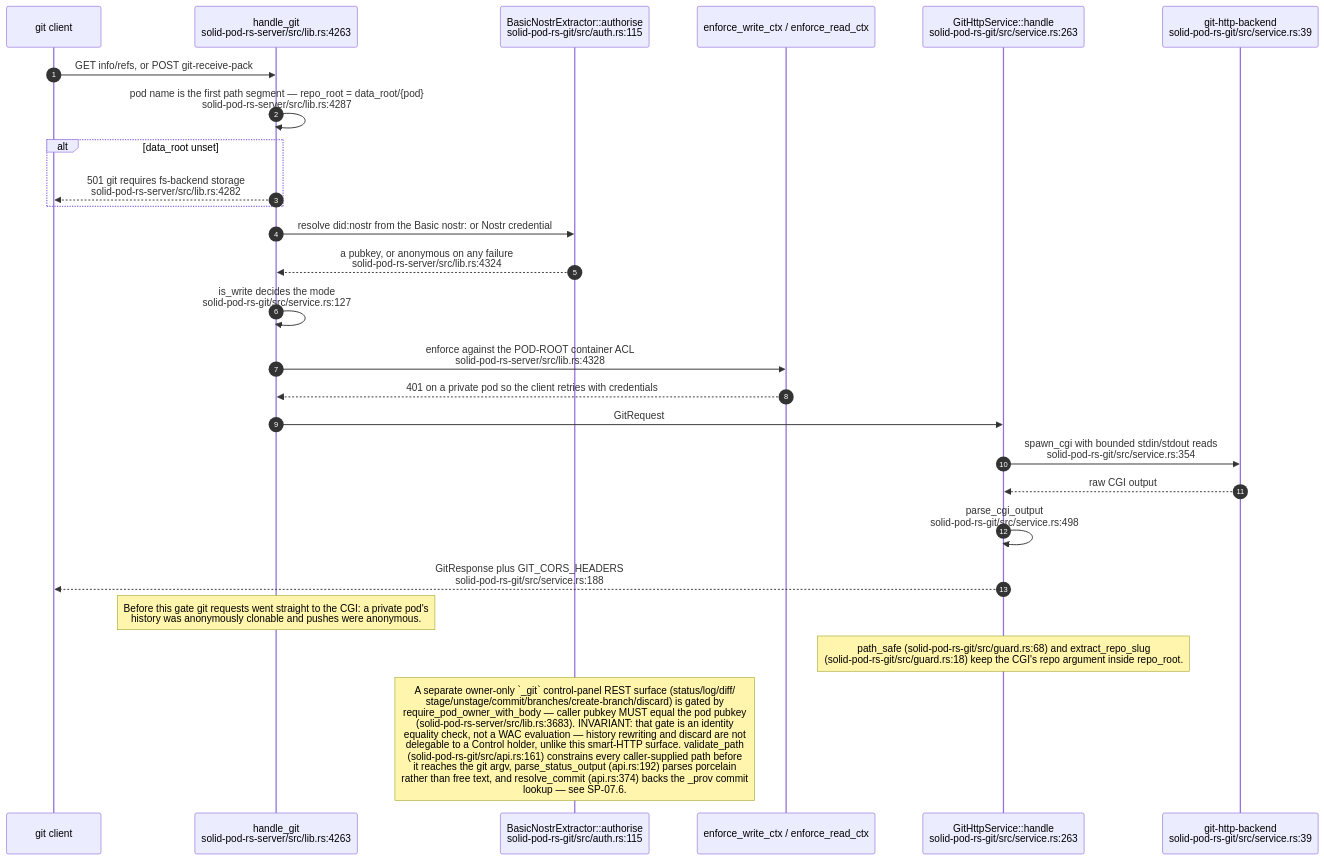
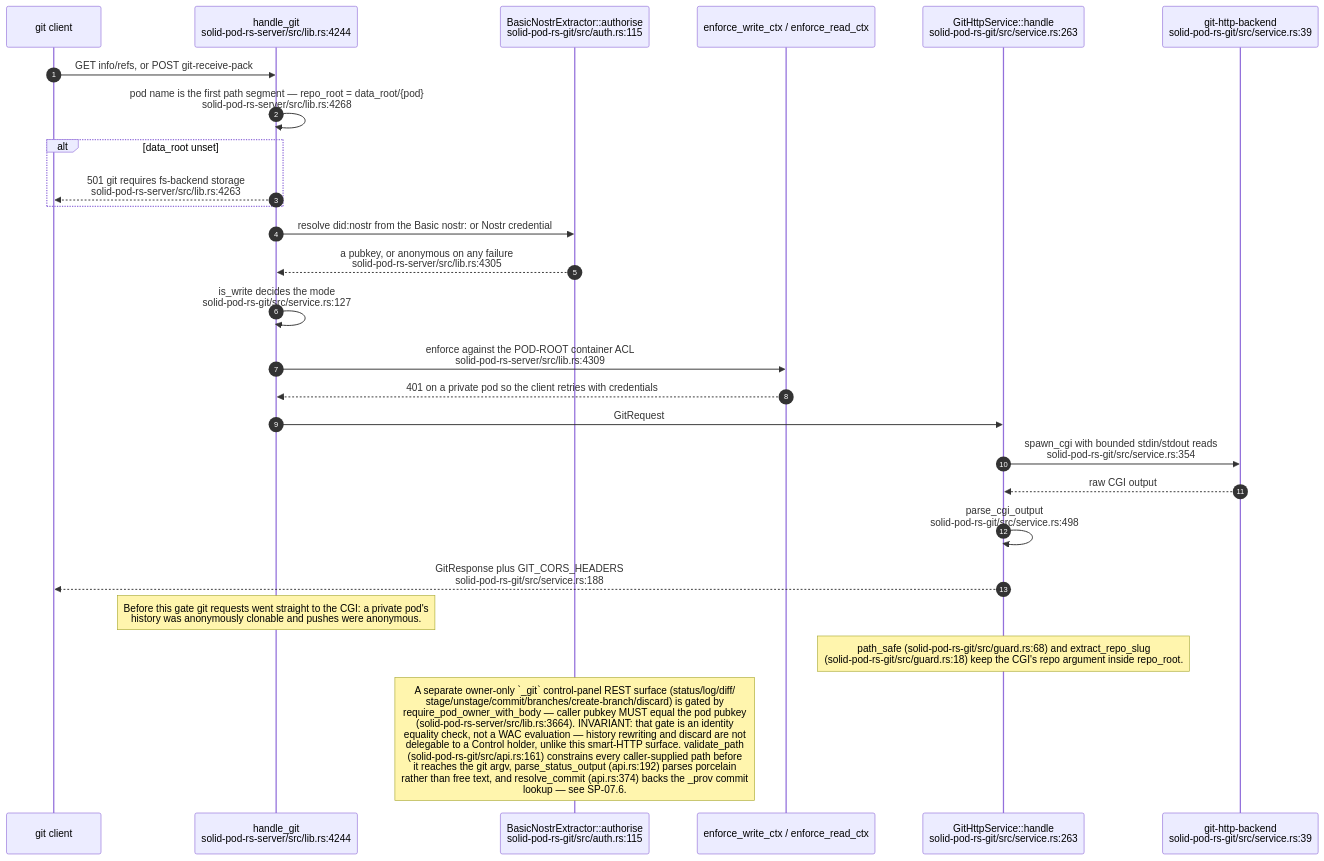
Diagram 11 of 11 in docs/diagrams/solid-pod-rs/06-storage-quota-and-git-pods.md (DreamLab-AI/VisionFlow), drawn with Mermaid before and after one commit. The commit also changed other lines of this file and 31 other files, not shown here.

````diff
--- a/docs/diagrams/solid-pod-rs/06-storage-quota-and-git-pods.md
+++ b/docs/diagrams/solid-pod-rs/06-storage-quota-and-git-pods.md
@@ -313,30 +313,30 @@
 ```mermaid
 sequenceDiagram
     autonumber
     participant C as git client
-    participant H as handle_git<br/>solid-pod-rs-server/src/lib.rs:4263
+    participant H as handle_git<br/>solid-pod-rs-server/src/lib.rs:4244
     participant A as BasicNostrExtractor::authorise<br/>solid-pod-rs-git/src/auth.rs:115
     participant W as enforce_write_ctx / enforce_read_ctx
     participant S as GitHttpService::handle<br/>solid-pod-rs-git/src/service.rs:263
     participant CGI as git-http-backend<br/>solid-pod-rs-git/src/service.rs:39
 
     C->>H: GET info/refs, or POST git-receive-pack
-    H->>H: pod name is the first path segment — repo_root = data_root/{pod}<br/>solid-pod-rs-server/src/lib.rs:4287
+    H->>H: pod name is the first path segment — repo_root = data_root/{pod}<br/>solid-pod-rs-server/src/lib.rs:4268
     alt data_root unset
-        H-->>C: 501 git requires fs-backend storage<br/>solid-pod-rs-server/src/lib.rs:4282
+        H-->>C: 501 git requires fs-backend storage<br/>solid-pod-rs-server/src/lib.rs:4263
     end
     H->>A: resolve did:nostr from the Basic nostr: or Nostr credential
-    A-->>H: a pubkey, or anonymous on any failure<br/>solid-pod-rs-server/src/lib.rs:4324
+    A-->>H: a pubkey, or anonymous on any failure<br/>solid-pod-rs-server/src/lib.rs:4305
     H->>H: is_write decides the mode<br/>solid-pod-rs-git/src/service.rs:127
-    H->>W: enforce against the POD-ROOT container ACL<br/>solid-pod-rs-server/src/lib.rs:4328
+    H->>W: enforce against the POD-ROOT container ACL<br/>solid-pod-rs-server/src/lib.rs:4309
     W-->>H: 401 on a private pod so the client retries with credentials
     H->>S: GitRequest
     S->>CGI: spawn_cgi with bounded stdin/stdout reads<br/>solid-pod-rs-git/src/service.rs:354
     CGI-->>S: raw CGI output
     S->>S: parse_cgi_output<br/>solid-pod-rs-git/src/service.rs:498
     S-->>C: GitResponse plus GIT_CORS_HEADERS<br/>solid-pod-rs-git/src/service.rs:188
 
     Note over H: Before this gate git requests went straight to the CGI: a private pod's<br/>history was anonymously clonable and pushes were anonymous.
     Note over S: path_safe (solid-pod-rs-git/src/guard.rs:68) and extract_repo_slug<br/>(solid-pod-rs-git/src/guard.rs:18) keep the CGI's repo argument inside repo_root.
-    Note over A: A separate owner-only `_git` control-panel REST surface (status/log/diff/<br/>stage/unstage/commit/branches/create-branch/discard) is gated by<br/>require_pod_owner_with_body — caller pubkey MUST equal the pod pubkey<br/>(solid-pod-rs-server/src/lib.rs:3683). INVARIANT: that gate is an identity<br/>equality check, not a WAC evaluation — history rewriting and discard are not<br/>delegable to a Control holder, unlike this smart-HTTP surface. validate_path<br/>(solid-pod-rs-git/src/api.rs:161) constrains every caller-supplied path before<br/>it reaches the git argv, parse_status_output (api.rs:192) parses porcelain<br/>rather than free text, and resolve_commit (api.rs:374) backs the _prov commit<br/>lookup — see SP-07.6.
+    Note over A: A separate owner-only `_git` control-panel REST surface (status/log/diff/<br/>stage/unstage/commit/branches/create-branch/discard) is gated by<br/>require_pod_owner_with_body — caller pubkey MUST equal the pod pubkey<br/>(solid-pod-rs-server/src/lib.rs:3664). INVARIANT: that gate is an identity<br/>equality check, not a WAC evaluation — history rewriting and discard are not<br/>delegable to a Control holder, unlike this smart-HTTP surface. validate_path<br/>(solid-pod-rs-git/src/api.rs:161) constrains every caller-supplied path before<br/>it reaches the git argv, parse_status_output (api.rs:192) parses porcelain<br/>rather than free text, and resolve_commit (api.rs:374) backs the _prov commit<br/>lookup — see SP-07.6.
 ```
````
